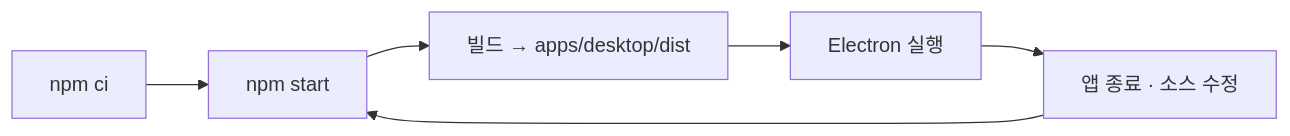
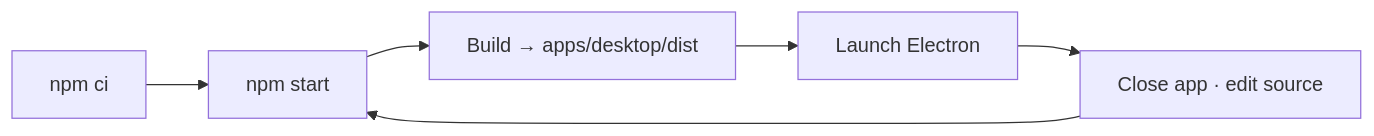
Before and after one commit to comnori/metis: the second of 2 diagrams in README.md, drawn with Mermaid. The commit also changed other lines of this file and 1 other file, not shown here.

````diff
--- a/README.md
+++ b/README.md
@@ -35,8 +57,8 @@
 ```mermaid
 flowchart LR
     Install["npm ci"] --> Start["npm start"]
-    Start --> Build["빌드 → apps/desktop/dist"]
-    Build --> Run["Electron 실행"]
-    Run --> Edit["앱 종료 · 소스 수정"]
+    Start --> Build["Build → apps/desktop/dist"]
+    Build --> Run["Launch Electron"]
+    Run --> Edit["Close app · edit source"]
     Edit --> Start
 ```
````
